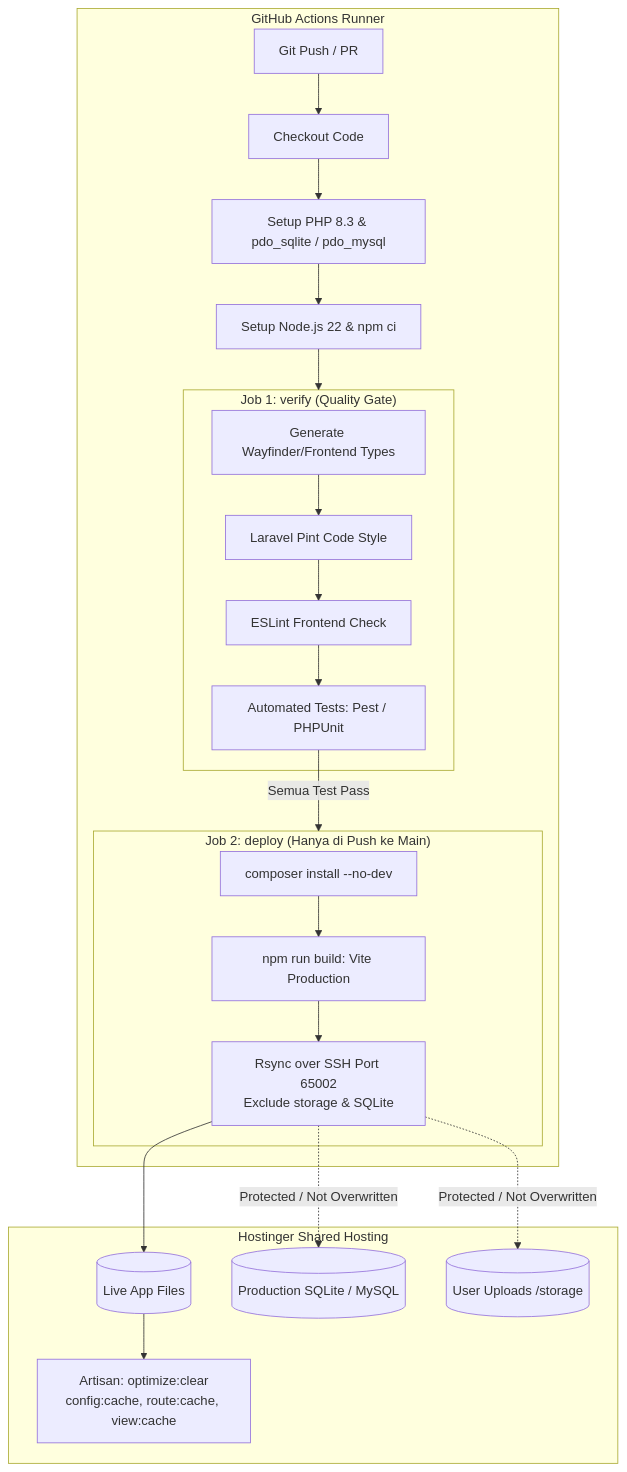
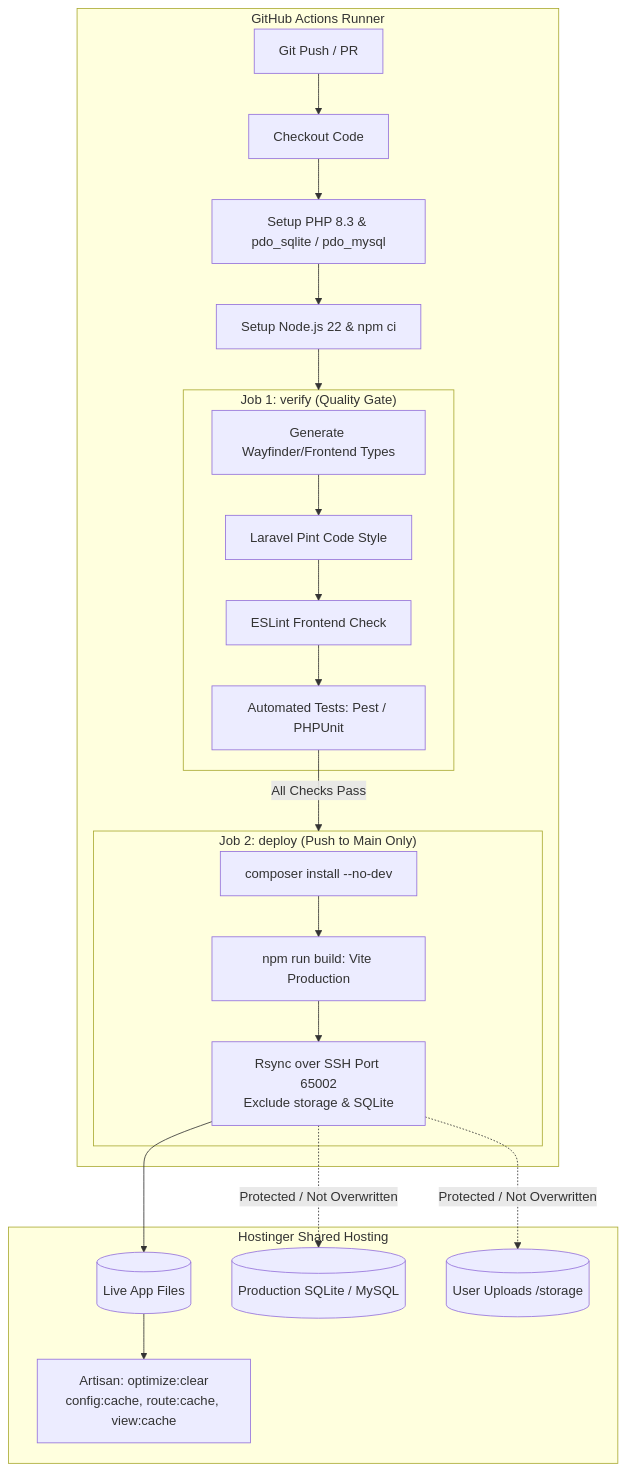
The diagram in README.md (Andndre/deploy-ci), drawn with Mermaid before and after one commit. The commit also changed other lines of this file and 3 other files, not shown here.

````diff
--- a/README.md
+++ b/README.md
@@ -63,39 +63,39 @@
 ```mermaid
 flowchart TD
     subgraph GitHubRunner ["GitHub Actions Runner"]
         A["Git Push / PR"] --> B["Checkout Code"]
         B --> C["Setup PHP 8.3 & pdo_sqlite / pdo_mysql"]
         C --> D["Setup Node.js 22 & npm ci"]
         
         subgraph verifyJob ["Job 1: verify (Quality Gate)"]
             E["Generate Wayfinder/Frontend Types"]
             F["Laravel Pint Code Style"]
             G["ESLint Frontend Check"]
             H["Automated Tests: Pest / PHPUnit"]
             E --> F --> G --> H
         end
         
         D --> verifyJob
         
-        subgraph deployJob ["Job 2: deploy (Hanya di Push ke Main)"]
+        subgraph deployJob ["Job 2: deploy (Push to Main Only)"]
             I["composer install --no-dev"]
             J["npm run build: Vite Production"]
             K["Rsync over SSH Port 65002<br/>Exclude storage & SQLite"]
             I --> J --> K
         end
         
-        H -->|Semua Test Pass| deployJob
+        H -->|All Checks Pass| deployJob
     end
 
     subgraph HostingerServer ["Hostinger Shared Hosting"]
         L[("Live App Files")]
         M[("Production SQLite / MySQL")]
         N[("User Uploads /storage")]
         O["Artisan: optimize:clear<br/>config:cache, route:cache, view:cache"]
         
         K --> L
         K -.->|Protected / Not Overwritten| M
         K -.->|Protected / Not Overwritten| N
         L --> O
     end
 ```
````
